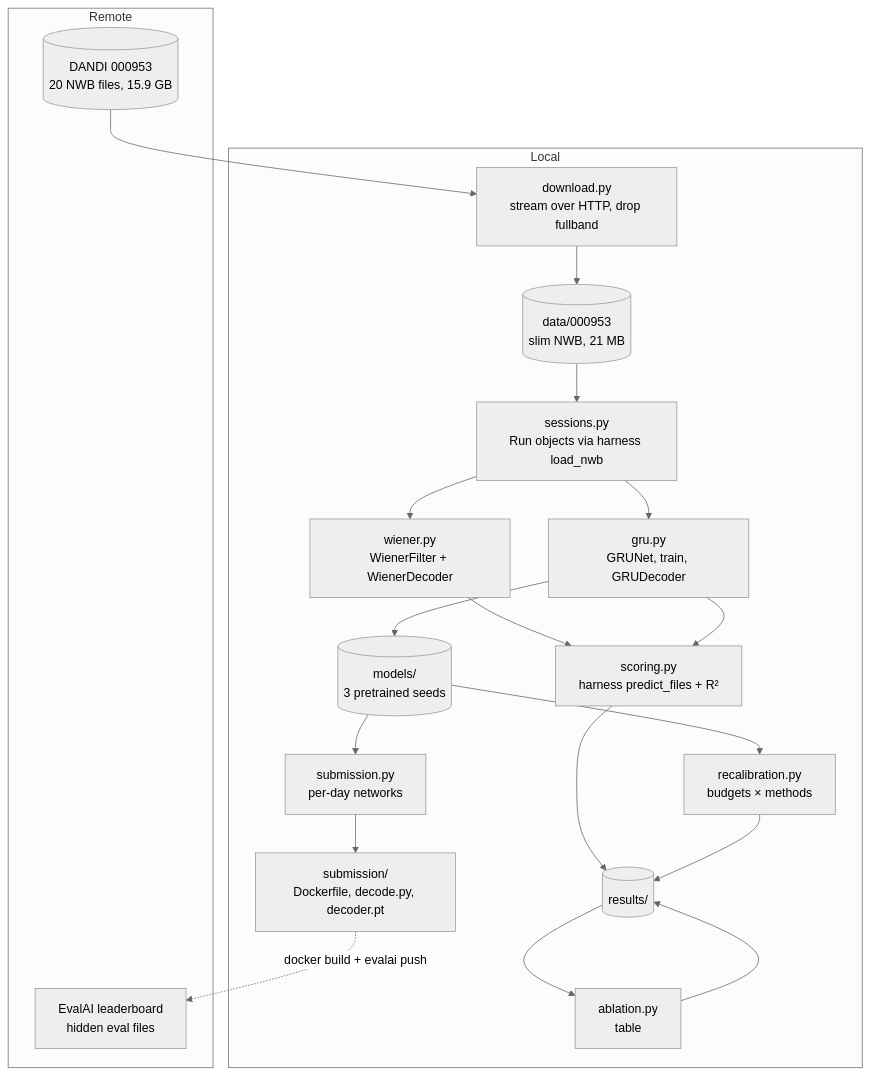
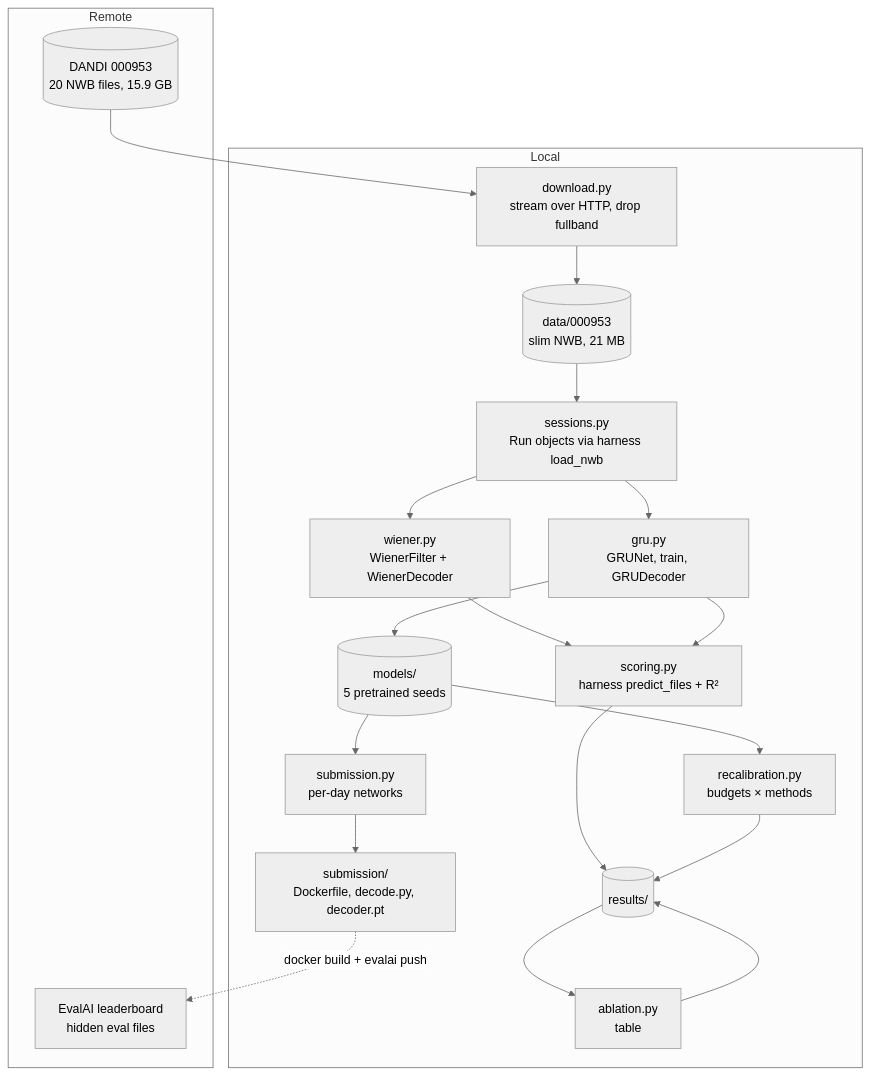
One commit to amalmehta/NeuroFalcon changed the diagram in docs/SYSTEM-DESIGN.md. Above: the diagram before and after it, drawn with Mermaid (neutral theme). The commit also changed other lines of this file and 5 other files, not shown here.

````diff
--- a/docs/SYSTEM-DESIGN.md
+++ b/docs/SYSTEM-DESIGN.md
@@ -5,28 +5,28 @@
 ```mermaid
 flowchart TD
     subgraph Remote
         DANDI[(DANDI 000953<br/>20 NWB files, 15.9 GB)]
         EvalAI[EvalAI leaderboard<br/>hidden eval files]
     end
     subgraph Local
         DL[download.py<br/>stream over HTTP, drop fullband]
         DATA[(data/000953<br/>slim NWB, 21 MB)]
         SES[sessions.py<br/>Run objects via harness load_nwb]
         WF[wiener.py<br/>WienerFilter + WienerDecoder]
         GRU[gru.py<br/>GRUNet, train, GRUDecoder]
-        MOD[(models/<br/>3 pretrained seeds)]
+        MOD[(models/<br/>5 pretrained seeds)]
         REC[recalibration.py<br/>budgets × methods]
         ABL[ablation.py<br/>table]
         SC[scoring.py<br/>harness predict_files + R²]
         SUB[submission.py<br/>per-day networks]
         RES[(results/)]
         IMG[submission/<br/>Dockerfile, decode.py, decoder.pt]
     end
     DANDI --> DL --> DATA --> SES
     SES --> WF & GRU
     GRU --> MOD
     WF & GRU --> SC --> RES
     MOD --> REC --> RES
     RES --> ABL --> RES
     MOD --> SUB --> IMG -.docker build + evalai push.-> EvalAI
 ```
````
